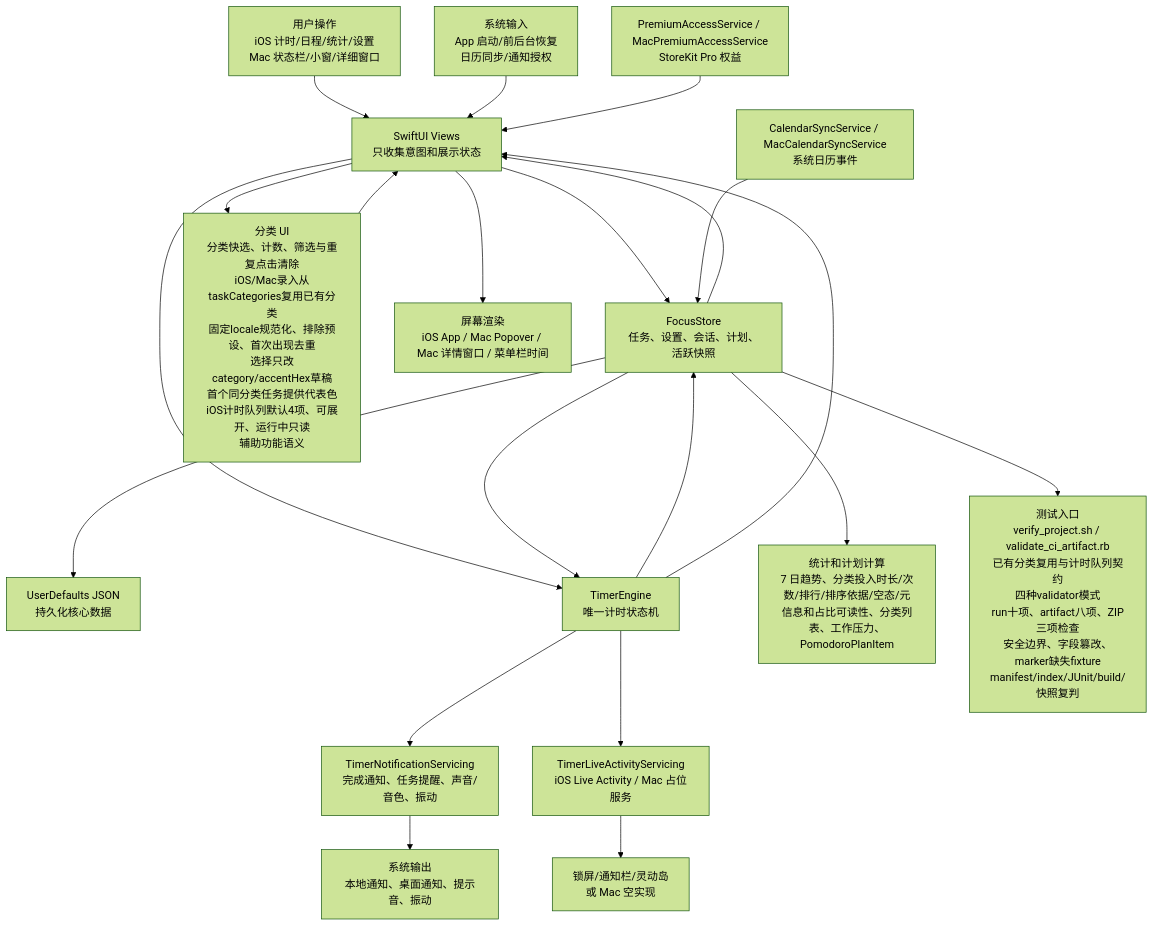
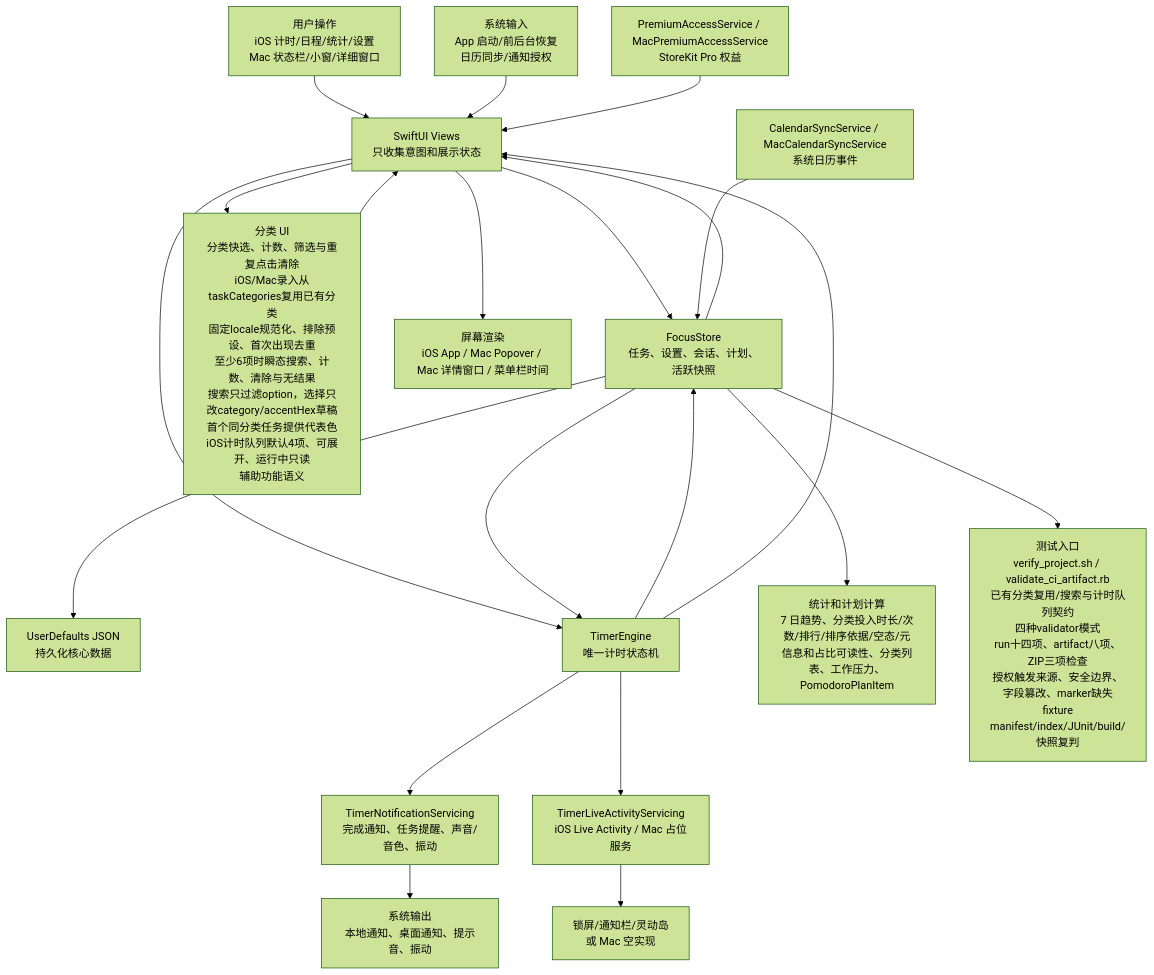
The first of 6 diagrams in md/flow/flowchart.md (Altman-sam114/114), drawn with Mermaid (forest theme) before and after one commit. The commit also changed other lines of this file and 12 other files, not shown here.

````diff
--- a/md/flow/flowchart.md
+++ b/md/flow/flowchart.md
@@ -9,23 +9,23 @@
 ```mermaid
 flowchart TD
   U["用户操作<br/>iOS 计时/日程/统计/设置<br/>Mac 状态栏/小窗/详细窗口"] --> V["SwiftUI Views<br/>只收集意图和展示状态"]
   SYS["系统输入<br/>App 启动/前后台恢复<br/>日历同步/通知授权"] --> V
   V --> S["FocusStore<br/>任务、设置、会话、计划、活跃快照"]
-  V --> CAT["分类 UI<br/>分类快选、计数、筛选与重复点击清除<br/>iOS/Mac录入从taskCategories复用已有分类<br/>固定locale规范化、排除预设、首次出现去重<br/>选择只改category/accentHex草稿<br/>首个同分类任务提供代表色<br/>iOS计时队列默认4项、可展开、运行中只读<br/>辅助功能语义"]
+  V --> CAT["分类 UI<br/>分类快选、计数、筛选与重复点击清除<br/>iOS/Mac录入从taskCategories复用已有分类<br/>固定locale规范化、排除预设、首次出现去重<br/>至少6项时瞬态搜索、计数、清除与无结果<br/>搜索只过滤option，选择只改category/accentHex草稿<br/>首个同分类任务提供代表色<br/>iOS计时队列默认4项、可展开、运行中只读<br/>辅助功能语义"]
   CAT --> V
   S --> P["UserDefaults JSON<br/>持久化核心数据"]
   V --> E["TimerEngine<br/>唯一计时状态机"]
   S --> E
   E --> S
   E --> N["TimerNotificationServicing<br/>完成通知、任务提醒、声音/音色、振动"]
   E --> L["TimerLiveActivityServicing<br/>iOS Live Activity / Mac 占位服务"]
   S --> C["统计和计划计算<br/>7 日趋势、分类投入时长/次数/排行/排序依据/空态/元信息和占比可读性、分类列表、工作压力、PomodoroPlanItem"]
   CAL["CalendarSyncService / MacCalendarSyncService<br/>系统日历事件"] --> S
   PRO["PremiumAccessService / MacPremiumAccessService<br/>StoreKit Pro 权益"] --> V
   S --> V
   E --> V
   V --> OUT["屏幕渲染<br/>iOS App / Mac Popover / Mac 详情窗口 / 菜单栏时间"]
   N --> OUT2["系统输出<br/>本地通知、桌面通知、提示音、振动"]
   L --> OUT3["锁屏/通知栏/灵动岛<br/>或 Mac 空实现"]
-  S --> T["测试入口<br/>verify_project.sh / validate_ci_artifact.rb<br/>已有分类复用与计时队列契约<br/>四种validator模式<br/>run十项、artifact八项、ZIP三项检查<br/>安全边界、字段篡改、marker缺失fixture<br/>manifest/index/JUnit/build/快照复判"]
+  S --> T["测试入口<br/>verify_project.sh / validate_ci_artifact.rb<br/>已有分类复用/搜索与计时队列契约<br/>四种validator模式<br/>run十四项、artifact八项、ZIP三项检查<br/>授权触发来源、安全边界、字段篡改、marker缺失fixture<br/>manifest/index/JUnit/build/快照复判"]
 ```
````
